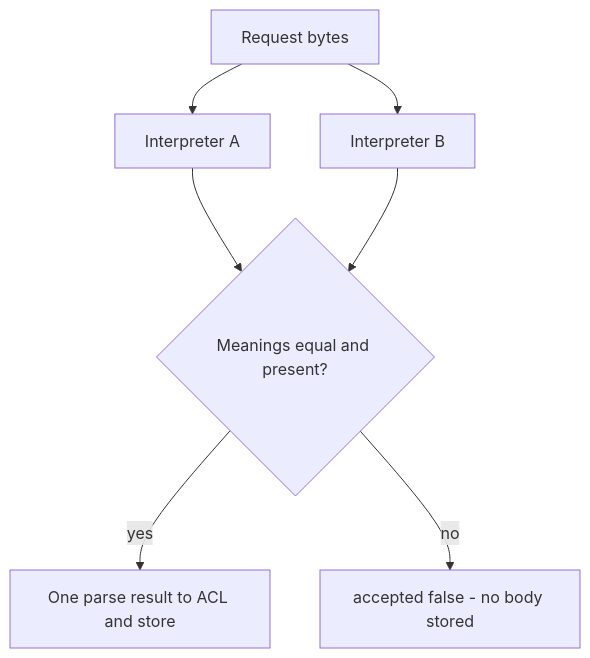
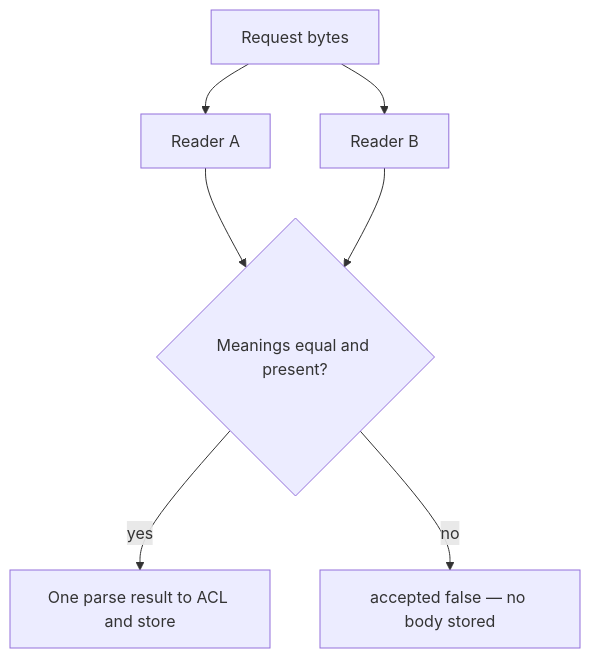
One commit to ishitvagoel/LearnSecurity changed the diagram in content/modules/2/2.1/lessons/04-build.md. Above: the diagram before and after it, drawn with Mermaid. The commit also changed other lines of this file and 44 other files, not shown here.

````diff
--- a/content/modules/2/2.1/lessons/04-build.md
+++ b/content/modules/2/2.1/lessons/04-build.md
@@ -13,9 +14,9 @@
 ```mermaid
 flowchart TD
-  Bytes[Request bytes] --> P1[Interpreter A]
-  Bytes --> P2[Interpreter B]
+  Bytes[Request bytes] --> P1[Reader A]
+  Bytes --> P2[Reader B]
   P1 --> Cmp{Meanings equal and present?}
   P2 --> Cmp
   Cmp -->|yes| One[One parse result to ACL and store]
-  Cmp -->|no| Deny["accepted false - no body stored"]
+  Cmp -->|no| Deny[accepted false — no body stored]
 ```
````
